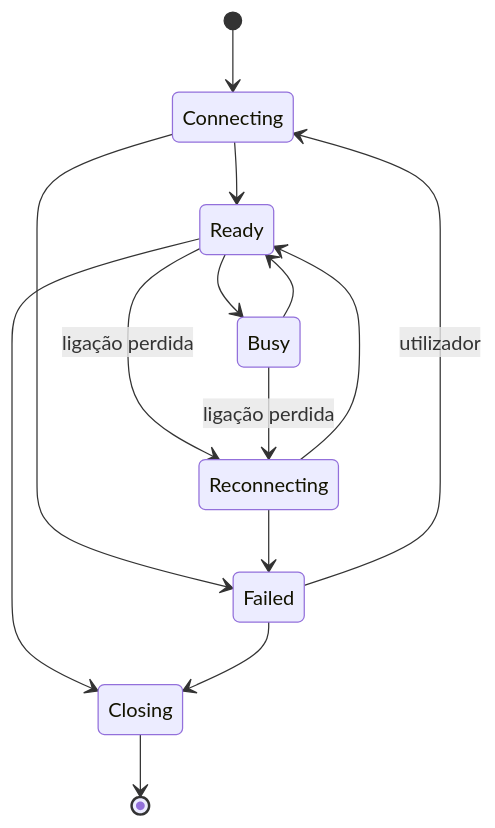
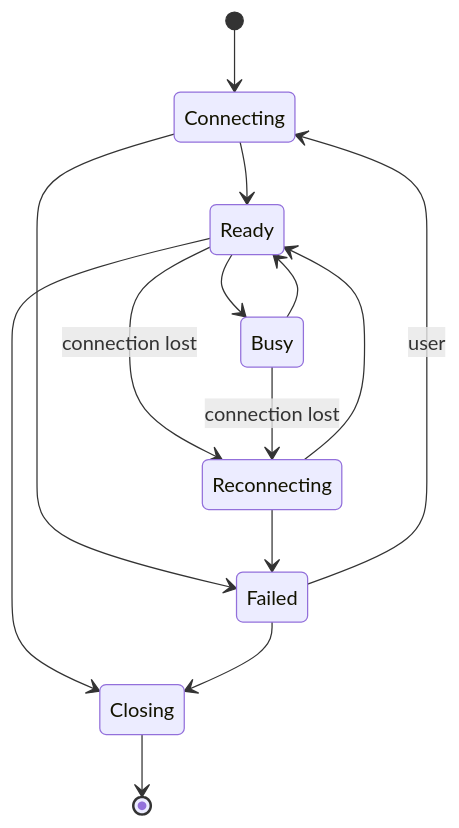
The second of 7 diagrams in docs/spec/specification.md (JoaoMarcos03/Eunomia), drawn with Mermaid before and after one commit. The commit also changed other lines of this file and 50 other files, not shown here.

````diff
--- a/docs/spec/specification.md
+++ b/docs/spec/specification.md
@@ -1036,16 +1036,16 @@
 ```mermaid
 stateDiagram-v2
   [*] --> Connecting
   Connecting --> Ready
   Connecting --> Failed
   Ready --> Busy
   Busy --> Ready
-  Ready --> Reconnecting: ligação perdida
-  Busy --> Reconnecting: ligação perdida
+  Ready --> Reconnecting: connection lost
+  Busy --> Reconnecting: connection lost
   Reconnecting --> Ready
   Reconnecting --> Failed
-  Failed --> Connecting: utilizador
+  Failed --> Connecting: user
   Ready --> Closing
   Failed --> Closing
   Closing --> [*]
 ```
````
